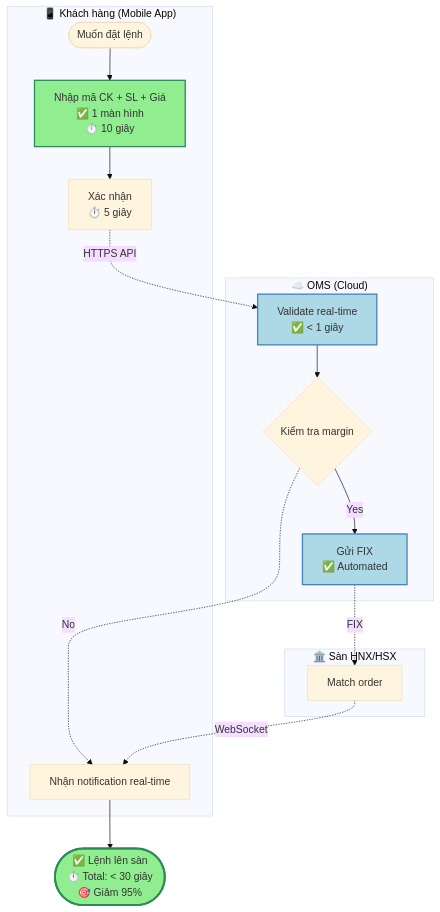
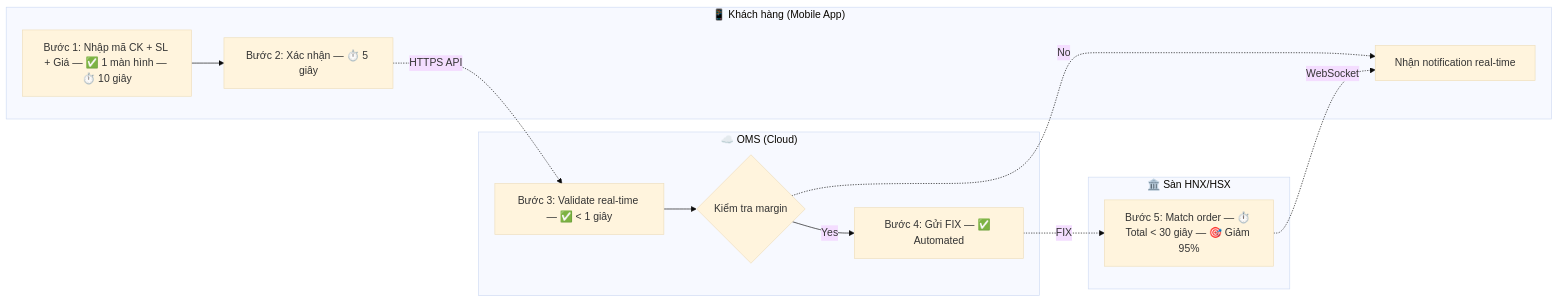
The fifth of 7 diagrams in skills/ba-process-modeling/SKILL.md (quangnt2697/Agent-skills), drawn with Mermaid (base theme) before and after one commit. The commit also changed other lines of this file and 3 other files, not shown here.

First line of the commit message:
refactor(ba): chuẩn hóa AC dạng Gherkin và sơ đồ Mermaid theo Rule 7

````diff
--- a/skills/ba-process-modeling/SKILL.md
+++ b/skills/ba-process-modeling/SKILL.md
@@ -353,34 +317,26 @@
 ```mermaid
-flowchart TD
+flowchart LR
     subgraph KH["📱 Khách hàng (Mobile App)"]
-        Start([Muốn đặt lệnh])
-        A1["Nhập mã CK + SL + Giá<br/>✅ 1 màn hình<br/>⏱️ 10 giây"]
-        A2["Xác nhận<br/>⏱️ 5 giây"]
-        A3[Nhận notification real-time]
+        A1["Bước 1: Nhập mã CK + SL + Giá — ✅ 1 màn hình — ⏱️ 10 giây"]
+        A2["Bước 2: Xác nhận — ⏱️ 5 giây"]
+        A3["Nhận notification real-time"]
     end
-    
+
     subgraph OMS["☁️ OMS (Cloud)"]
-        C1["Validate real-time<br/>✅ < 1 giây"]
-        C2{Kiểm tra margin}
-        C3["Gửi FIX<br/>✅ Automated"]
+        C1["Bước 3: Validate real-time — ✅ < 1 giây"]
+        C2{"Kiểm tra margin"}
+        C3["Bước 4: Gửi FIX — ✅ Automated"]
     end
-    
+
     subgraph San["🏛️ Sàn HNX/HSX"]
-        D1[Match order]
+        D1["Bước 5: Match order — ⏱️ Total < 30 giây — 🎯 Giảm 95%"]
     end
-    
-    Start --> A1
+
     A1 --> A2
     A2 -.->|HTTPS API| C1
     C1 --> C2
     C2 -->|Yes| C3
     C2 -.->|No| A3
     C3 -.->|FIX| D1
     D1 -.->|WebSocket| A3
-    A3 --> End([✅ Lệnh lên sàn<br/>⏱️ Total: < 30 giây<br/>🎯 Giảm 95%])
-    
-    style A1 fill:#90EE90,stroke:#2E8B57,stroke-width:2px
-    style C1 fill:#ADD8E6,stroke:#4682B4,stroke-width:2px
-    style C3 fill:#ADD8E6,stroke:#4682B4,stroke-width:2px
-    style End fill:#90EE90,stroke:#2E8B57,stroke-width:3px
 ```
````
